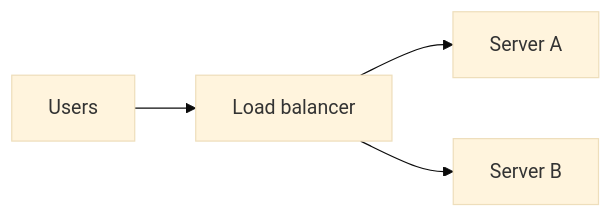
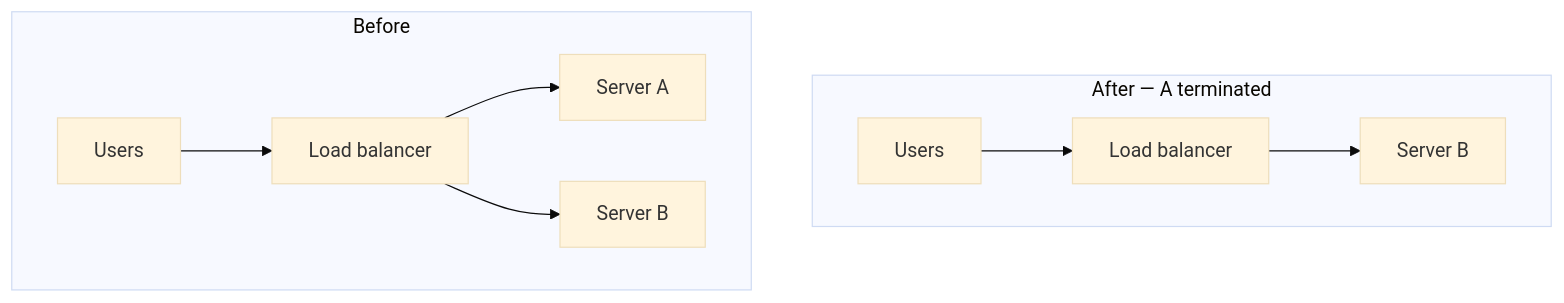
One commit to hareramcse/SystemDesign changed diagram 20 of 21 in 12-reliability-engineering/README.md. Above: the diagram before and after it, drawn with Mermaid (base theme). The commit also changed other lines of this file and 1 other file, not shown here.

````diff
--- a/12-reliability-engineering/README.md
+++ b/12-reliability-engineering/README.md
@@ -1115,6 +1123,15 @@
 ```mermaid
 flowchart LR
-    Users[Users] --> LB[Load balancer]
-    LB --> A[Server A]
-    LB --> B[Server B]
+    subgraph Before["Before"]
+        direction LR
+        Users1[Users] --> LB1[Load balancer]
+        LB1 --> A[Server A]
+        LB1 --> B[Server B]
+    end
+    subgraph After["After — A terminated"]
+        direction LR
+        Users2[Users] --> LB2[Load balancer]
+        LB2 --> B2[Server B]
+    end
+    Before ~~~ After
 ```
````
